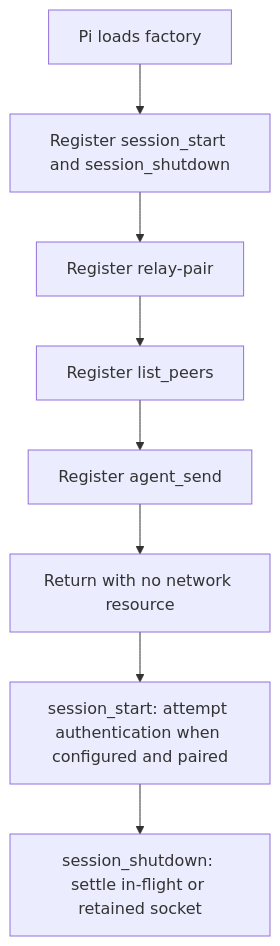
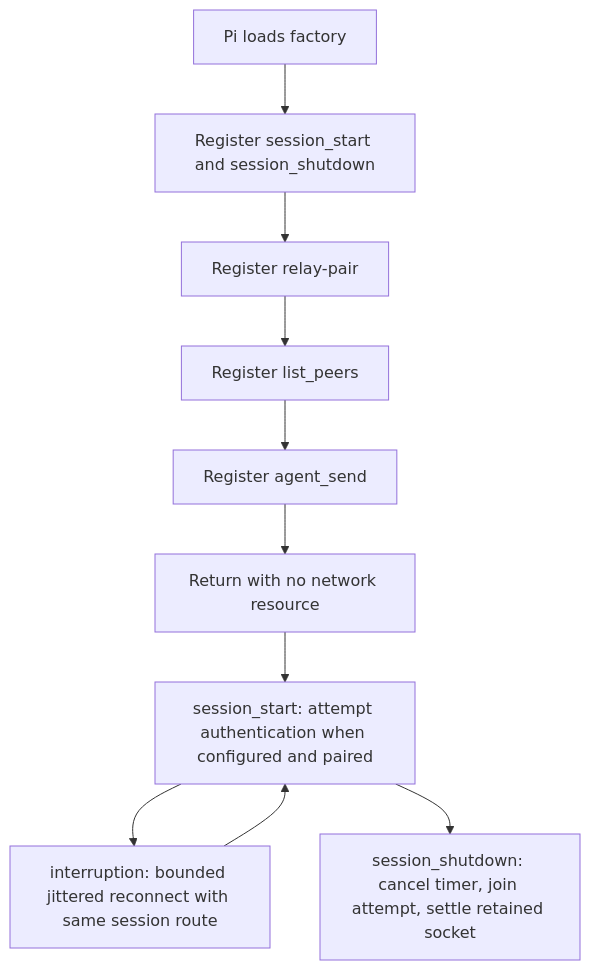
One commit to tigorlazuardi/pi-messaging-relay changed the diagram in docs/src/content/docs/developer/relay/disconnected-extension-shell.mdx. Above: the diagram before and after it, drawn with Mermaid. The commit also changed other lines of this file and 14 other files, not shown here.

````diff
--- a/docs/src/content/docs/developer/relay/disconnected-extension-shell.mdx
+++ b/docs/src/content/docs/developer/relay/disconnected-extension-shell.mdx
@@ -19,10 +19,12 @@
 ```mermaid
 flowchart TD
     P[Pi loads factory] --> E[Register session_start and session_shutdown]
     E --> C[Register relay-pair]
     C --> L[Register list_peers]
     L --> S[Register agent_send]
     S --> D[Return with no network resource]
     D --> A[session_start: attempt authentication when configured and paired]
-    A --> X[session_shutdown: settle in-flight or retained socket]
+    A --> R[interruption: bounded jittered reconnect with same session route]
+    R --> A
+    A --> X[session_shutdown: cancel timer, join attempt, settle retained socket]
 ```
````
